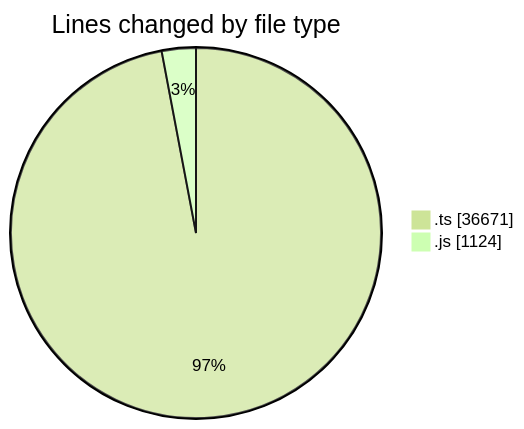
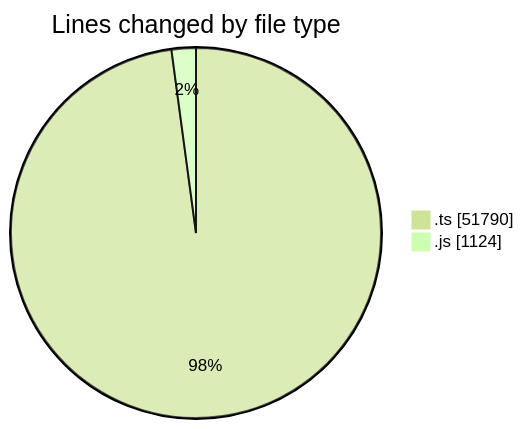
The first of 2 diagrams in 2026-10-23/cda/README.md (momahboobian/code-tracking), drawn with Mermaid (forest theme) before and after one commit. The commit also changed other lines of this file and 1 other file, not shown here.

````diff
--- a/2026-10-23/cda/README.md
+++ b/2026-10-23/cda/README.md
@@ -30,6 +33,6 @@
 ```mermaid
 pie showData
 title Lines changed by file type
-".ts" : 36671
+".ts" : 51790
 ".js" : 1124
 ```
````
